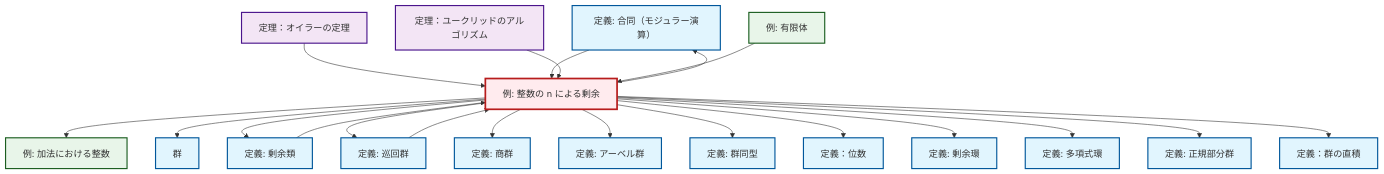
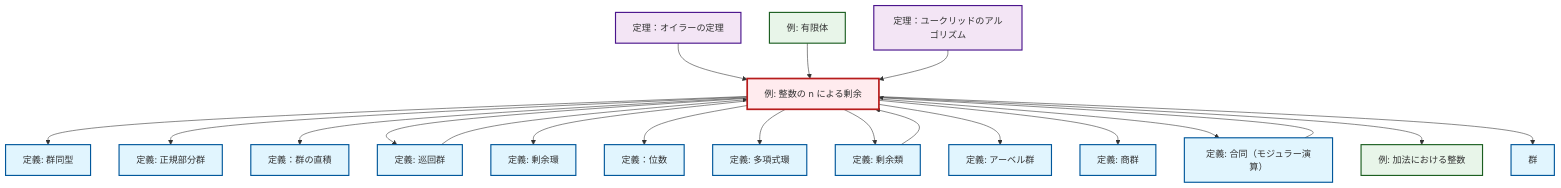
One commit to RK0429/ModernMath changed the diagram in content/ja/algebra/ex-quotient-integers-mod-n.qmd. Above: the diagram before and after it, drawn with Mermaid. The commit also changed 672 other files, not shown here.

````diff
--- a/content/ja/algebra/ex-quotient-integers-mod-n.qmd
+++ b/content/ja/algebra/ex-quotient-integers-mod-n.qmd
@@ -135,62 +135,62 @@
 ```{mermaid}
-%%| fig-cap: "Local dependency graph"
+%%| fig-cap: "ローカル依存関係グラフ"
 graph TD
     classDef definition fill:#e1f5fe,stroke:#01579b,stroke-width:2px
     classDef theorem fill:#f3e5f5,stroke:#4a148c,stroke-width:2px
     classDef axiom fill:#fff3e0,stroke:#e65100,stroke-width:2px
     classDef example fill:#e8f5e9,stroke:#1b5e20,stroke-width:2px
     classDef current fill:#ffebee,stroke:#b71c1c,stroke-width:3px
-    def-congruence["定義: 合同（モジュラー演算）"]:::definition
+    thm-euclidean-algorithm["定理：ユークリッドのアルゴリズム"]:::theorem
+    def-normal-subgroup["定義: 正規部分群"]:::definition
+    def-cyclic-group["定義: 巡回群"]:::definition
+    def-order["定義：位数"]:::definition
+    def-direct-product["定義：群の直積"]:::definition
+    def-quotient-group["定義: 商群"]:::definition
+    ex-integers-addition["例: 加法における整数"]:::example
     thm-euler["定理：オイラーの定理"]:::theorem
     def-isomorphism["定義: 群同型"]:::definition
-    def-cyclic-group["定義: 巡回群"]:::definition
-    def-order["定義：位数"]:::definition
+    ex-quotient-integers-mod-n["例: 整数の n による剰余"]:::example
+    def-congruence["定義: 合同（モジュラー演算）"]:::definition
+    def-polynomial-ring["定義: 多項式環"]:::definition
+    def-group["群"]:::definition
+    def-coset["定義: 剰余類"]:::definition
+    def-quotient-ring["定義: 剰余環"]:::definition
     ex-finite-field["例: 有限体"]:::example
     def-abelian-group["定義: アーベル群"]:::definition
-    thm-euclidean-algorithm["定理：ユークリッドのアルゴリズム"]:::theorem
-    def-normal-subgroup["定義: 正規部分群"]:::definition
-    def-quotient-ring["定義: 剰余環"]:::definition
-    ex-integers-addition["例: 加法における整数"]:::example
-    def-coset["定義: 剰余類"]:::definition
-    def-polynomial-ring["定義: 多項式環"]:::definition
-    def-quotient-group["定義: 商群"]:::definition
-    def-direct-product["定義：群の直積"]:::definition
-    def-group["群"]:::definition
-    ex-quotient-integers-mod-n["例: 整数の n による剰余"]:::example
-    thm-euler --> ex-quotient-integers-mod-n
-    ex-quotient-integers-mod-n --> def-congruence
-    ex-quotient-integers-mod-n --> ex-integers-addition
-    ex-quotient-integers-mod-n --> def-group
-    ex-quotient-integers-mod-n --> def-coset
-    ex-quotient-integers-mod-n --> def-cyclic-group
-    def-cyclic-group --> ex-quotient-integers-mod-n
-    ex-quotient-integers-mod-n --> def-quotient-group
-    ex-quotient-integers-mod-n --> def-abelian-group
     ex-quotient-integers-mod-n --> def-isomorphism
-    def-congruence --> ex-quotient-integers-mod-n
-    ex-quotient-integers-mod-n --> def-order
-    ex-quotient-integers-mod-n --> def-quotient-ring
-    thm-euclidean-algorithm --> ex-quotient-integers-mod-n
-    def-coset --> ex-quotient-integers-mod-n
-    ex-finite-field --> ex-quotient-integers-mod-n
-    ex-quotient-integers-mod-n --> def-polynomial-ring
     ex-quotient-integers-mod-n --> def-normal-subgroup
     ex-quotient-integers-mod-n --> def-direct-product
+    ex-quotient-integers-mod-n --> def-cyclic-group
+    thm-euler --> ex-quotient-integers-mod-n
+    ex-quotient-integers-mod-n --> def-quotient-ring
+    ex-quotient-integers-mod-n --> def-order
+    ex-quotient-integers-mod-n --> def-polynomial-ring
+    def-cyclic-group --> ex-quotient-integers-mod-n
+    ex-quotient-integers-mod-n --> def-coset
+    ex-quotient-integers-mod-n --> def-abelian-group
+    ex-finite-field --> ex-quotient-integers-mod-n
+    ex-quotient-integers-mod-n --> def-quotient-group
+    ex-quotient-integers-mod-n --> def-congruence
+    thm-euclidean-algorithm --> ex-quotient-integers-mod-n
+    ex-quotient-integers-mod-n --> ex-integers-addition
+    def-coset --> ex-quotient-integers-mod-n
+    def-congruence --> ex-quotient-integers-mod-n
+    ex-quotient-integers-mod-n --> def-group
     class ex-quotient-integers-mod-n current
-    click def-congruence "def-congruence.html" "合同（モジュラー演算）の定義へ"
+    click thm-euclidean-algorithm "thm-euclidean-algorithm.html" "定理：ユークリッドのアルゴリズムへ"
+    click def-normal-subgroup "def-normal-subgroup.html" "正規部分群の定義へ"
+    click def-cyclic-group "def-cyclic-group.html" "巡回群の定義へ"
+    click def-order "def-order.html" "定義：位数へ"
+    click def-direct-product "def-direct-product.html" "定義：群の直積へ"
+    click def-quotient-group "def-quotient-group.html" "商群の定義へ"
+    click ex-integers-addition "ex-integers-addition.html" "加法における整数の例へ"
     click thm-euler "thm-euler.html" "定理：オイラーの定理へ"
     click def-isomorphism "def-isomorphism.html" "群同型の定義へ"
-    click def-cyclic-group "def-cyclic-group.html" "巡回群の定義へ"
-    click def-order "def-order.html" "定義：位数へ"
+    click def-congruence "def-congruence.html" "合同（モジュラー演算）の定義へ"
+    click def-polynomial-ring "def-polynomial-ring.html" "多項式環の定義へ"
+    click def-group "def-group.html" "群へ"
+    click def-coset "def-coset.html" "剰余類の定義へ"
+    click def-quotient-ring "def-quotient-ring.html" "剰余環の定義へ"
     click ex-finite-field "ex-finite-field.html" "有限体の例へ"
     click def-abelian-group "def-abelian-group.html" "アーベル群の定義へ"
-    click thm-euclidean-algorithm "thm-euclidean-algorithm.html" "定理：ユークリッドのアルゴリズムへ"
-    click def-normal-subgroup "def-normal-subgroup.html" "正規部分群の定義へ"
-    click def-quotient-ring "def-quotient-ring.html" "剰余環の定義へ"
-    click ex-integers-addition "ex-integers-addition.html" "加法における整数の例へ"
-    click def-coset "def-coset.html" "剰余類の定義へ"
-    click def-polynomial-ring "def-polynomial-ring.html" "多項式環の定義へ"
-    click def-quotient-group "def-quotient-group.html" "商群の定義へ"
-    click def-direct-product "def-direct-product.html" "定義：群の直積へ"
-    click def-group "def-group.html" "群へ"
 ```
````
